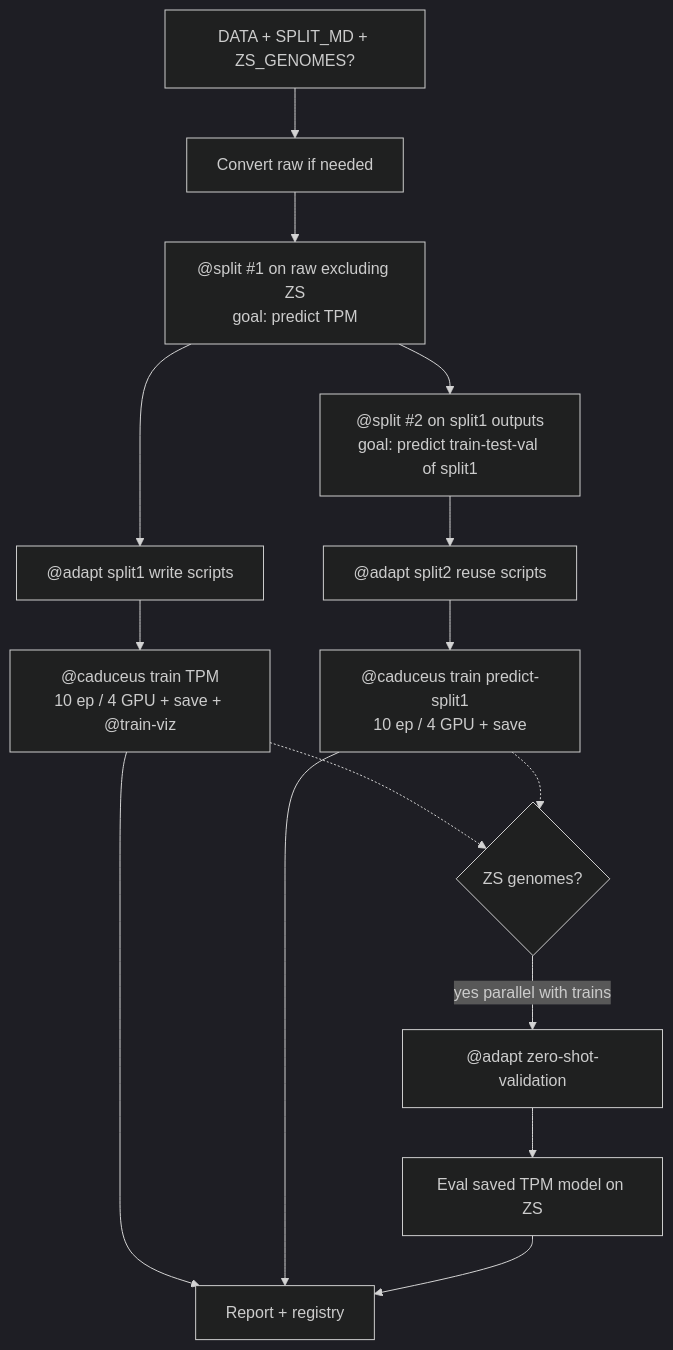
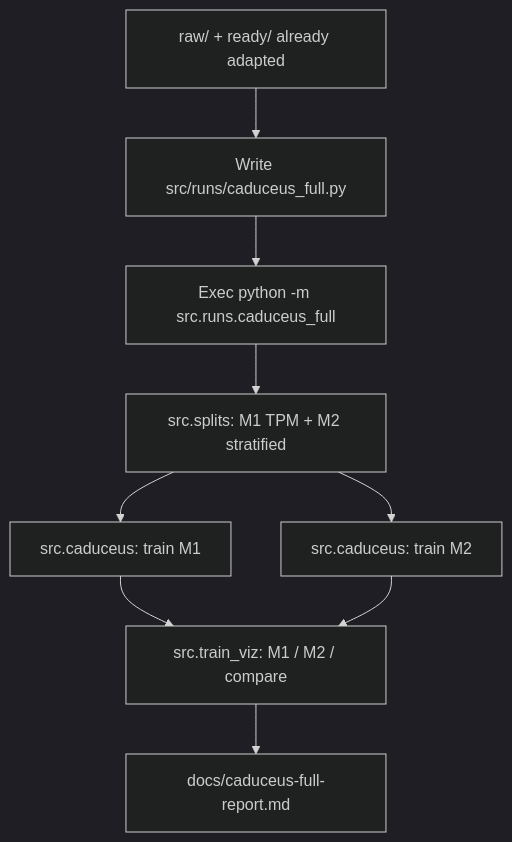
The diagram in .cursor/skills/caduceus-full/SKILL.md (Sirius-Back/Giga_Mario), drawn with Mermaid (dark theme) before and after one commit. The commit also changed other lines of this file and 38 other files, not shown here.

First line of the commit message:
Wire Caduceus skills to reusable src/ entry points.

````diff
--- a/.cursor/skills/caduceus-full/SKILL.md
+++ b/.cursor/skills/caduceus-full/SKILL.md
@@ -60,18 +80,11 @@
 ```mermaid
 flowchart TD
-  in[DATA + SPLIT_MD + ZS_GENOMES?] --> conv[Convert raw if needed]
-  conv --> s1["@split #1 on raw excluding ZS\ngoal: predict TPM"]
-  s1 --> s2["@split #2 on split1 outputs\ngoal: predict train-test-val of split1"]
-  s1 --> a1["@adapt split1 write scripts"]
-  s2 --> a2["@adapt split2 reuse scripts"]
-  a1 --> t1["@caduceus train TPM\n10 ep / 4 GPU + save + @train-viz"]
-  a2 --> t2["@caduceus train predict-split1\n10 ep / 4 GPU + save"]
-  zs{ZS genomes?}
-  t1 -.-> zs
-  t2 -.-> zs
-  zs -->|yes parallel with trains| az["@adapt zero-shot-validation"]
-  az --> ev["Eval saved TPM model on ZS"]
-  t1 --> done[Report + registry]
-  t2 --> done
-  ev --> done
+  in[raw/ + ready/ already adapted] --> write[Write src/runs/caduceus_full.py]
+  write --> exec[Exec python -m src.runs.caduceus_full]
+  exec --> split["src.splits: M1 TPM + M2 stratified"]
+  split --> t1["src.caduceus: train M1"]
+  split --> t2["src.caduceus: train M2"]
+  t1 --> viz["src.train_viz: M1 / M2 / compare"]
+  t2 --> viz
+  viz --> report[docs/caduceus-full-report.md]
 ```
````
